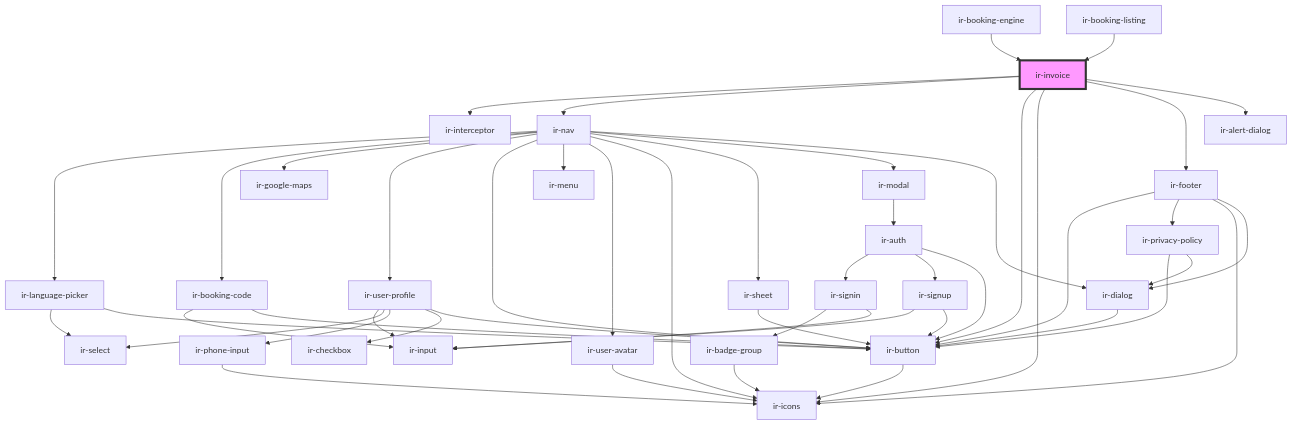
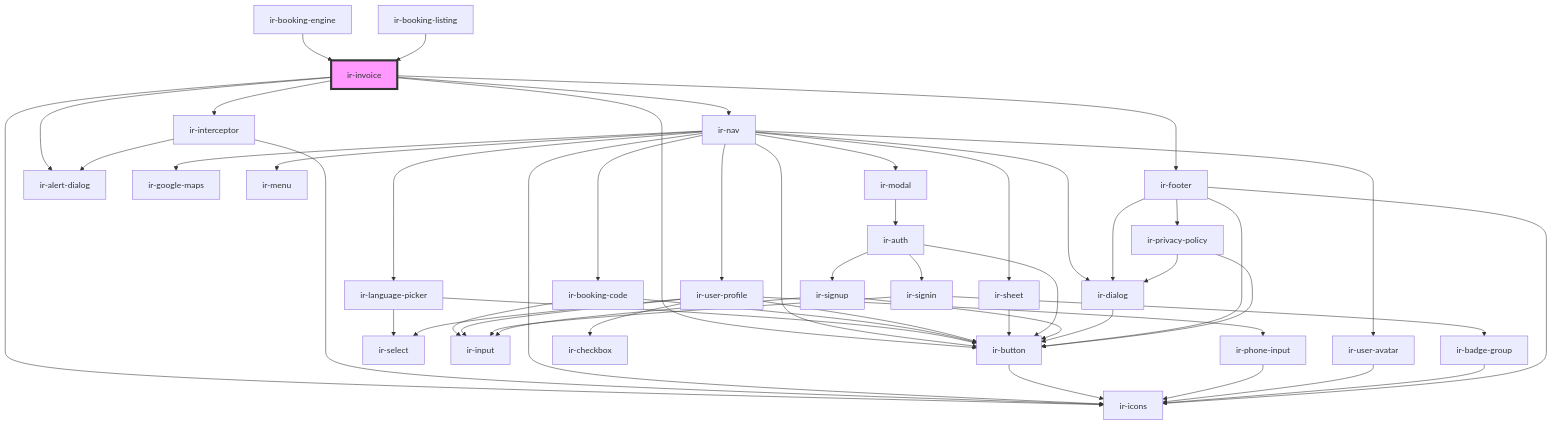
Before and after one commit to RonyRizk/ir-be: the diagram in src/components/ir-invoice/readme.md, drawn with Mermaid. The commit also changed 46 other files, not shown here.

````diff
--- a/src/components/ir-invoice/readme.md
+++ b/src/components/ir-invoice/readme.md
@@ -43,52 +43,54 @@
 ```mermaid
 graph TD;
   ir-invoice --> ir-interceptor
   ir-invoice --> ir-nav
   ir-invoice --> ir-button
   ir-invoice --> ir-icons
   ir-invoice --> ir-footer
   ir-invoice --> ir-alert-dialog
+  ir-interceptor --> ir-alert-dialog
+  ir-interceptor --> ir-icons
   ir-nav --> ir-language-picker
   ir-nav --> ir-booking-code
   ir-nav --> ir-google-maps
   ir-nav --> ir-user-profile
   ir-nav --> ir-button
   ir-nav --> ir-menu
   ir-nav --> ir-user-avatar
   ir-nav --> ir-icons
   ir-nav --> ir-sheet
   ir-nav --> ir-modal
   ir-nav --> ir-dialog
   ir-language-picker --> ir-select
   ir-language-picker --> ir-button
   ir-button --> ir-icons
   ir-booking-code --> ir-input
   ir-booking-code --> ir-button
   ir-user-profile --> ir-input
   ir-user-profile --> ir-select
   ir-user-profile --> ir-phone-input
   ir-user-profile --> ir-checkbox
   ir-user-profile --> ir-button
   ir-phone-input --> ir-icons
   ir-user-avatar --> ir-icons
   ir-sheet --> ir-button
   ir-modal --> ir-auth
   ir-auth --> ir-signin
   ir-auth --> ir-signup
   ir-auth --> ir-button
   ir-signin --> ir-badge-group
   ir-signin --> ir-input
   ir-badge-group --> ir-icons
   ir-signup --> ir-input
   ir-signup --> ir-button
   ir-dialog --> ir-button
   ir-footer --> ir-button
   ir-footer --> ir-privacy-policy
   ir-footer --> ir-icons
   ir-footer --> ir-dialog
   ir-privacy-policy --> ir-button
   ir-privacy-policy --> ir-dialog
   ir-booking-engine --> ir-invoice
   ir-booking-listing --> ir-invoice
   style ir-invoice fill:#f9f,stroke:#333,stroke-width:4px
 ```
````
